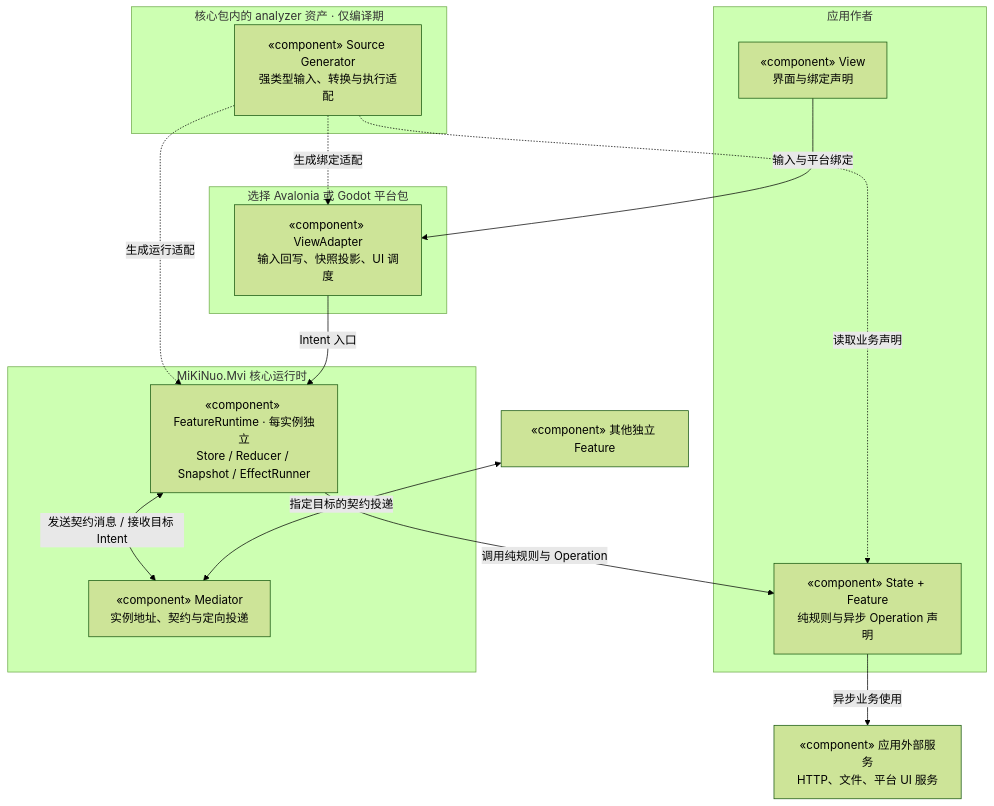
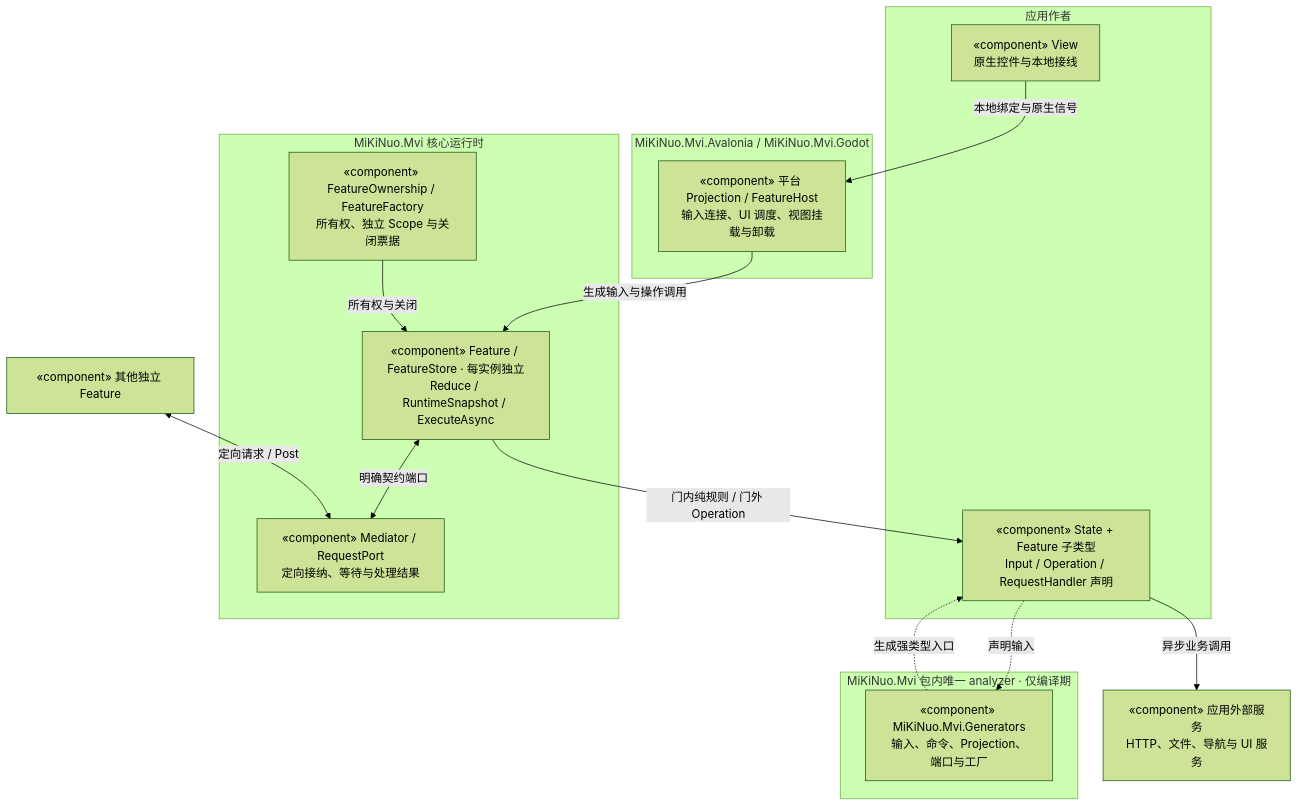
Before and after one commit to MiKiNuo/MVI: the diagram in docs/mvi-next/diagrams/uml-components.mmd, drawn with Mermaid (forest theme). The commit also changed 329 other files, not shown here.

```diff
--- a/docs/mvi-next/diagrams/uml-components.mmd
+++ b/docs/mvi-next/diagrams/uml-components.mmd
@@ -1,31 +1,27 @@
 flowchart TB
     subgraph App["应用作者"]
-        Feature["«component» State + Feature<br/>纯规则与异步 Operation 声明"]
-        View["«component» View<br/>界面与绑定声明"]
+        Feature["«component» State + Feature 子类型<br/>Input / Operation / RequestHandler 声明"]
+        View["«component» View<br/>原生控件与本地接线"]
     end
-
-    subgraph Compile["核心包内的 analyzer 资产 · 仅编译期"]
-        Generator["«component» Source Generator<br/>强类型输入、转换与执行适配"]
+    subgraph Compile["MiKiNuo.Mvi 包内唯一 analyzer · 仅编译期"]
+        Generator["«component» MiKiNuo.Mvi.Generators<br/>输入、命令、Projection、端口与工厂"]
     end
-
-    subgraph Platform["选择 Avalonia 或 Godot 平台包"]
-        Adapter["«component» ViewAdapter<br/>输入回写、快照投影、UI 调度"]
+    subgraph Platform["MiKiNuo.Mvi.Avalonia / MiKiNuo.Mvi.Godot"]
+        Adapter["«component» 平台 Projection / FeatureHost<br/>输入连接、UI 调度、视图挂载与卸载"]
     end
-
     subgraph Core["MiKiNuo.Mvi 核心运行时"]
-        Runtime["«component» FeatureRuntime · 每实例独立<br/>Store / Reducer / Snapshot / EffectRunner"]
-        Mediator["«component» Mediator<br/>实例地址、契约与定向投递"]
+        Runtime["«component» Feature / FeatureStore · 每实例独立<br/>Reduce / RuntimeSnapshot / ExecuteAsync"]
+        Mediator["«component» Mediator / RequestPort<br/>定向接纳、等待与处理结果"]
+        Ownership["«component» FeatureOwnership / FeatureFactory<br/>所有权、独立 Scope 与关闭票据"]
     end
-
     Other["«component» 其他独立 Feature"]
-    Services["«component» 应用外部服务<br/>HTTP、文件、平台 UI 服务"]
-
-    Generator -.->|读取业务声明| Feature
-    Generator -.->|生成运行适配| Runtime
-    Generator -.->|生成绑定适配| Adapter
-    View -->|输入与平台绑定| Adapter
-    Adapter -->|Intent 入口| Runtime
-    Runtime -->|调用纯规则与 Operation| Feature
-    Feature -->|异步业务使用| Services
-    Runtime <-->|发送契约消息 / 接收目标 Intent| Mediator
-    Other <-->|指定目标的契约投递| Mediator
+    Services["«component» 应用外部服务<br/>HTTP、文件、导航与 UI 服务"]
+    Feature -.->|声明输入| Generator
+    Generator -.->|生成强类型入口| Feature
+    View -->|本地绑定与原生信号| Adapter
+    Adapter -->|生成输入与操作调用| Runtime
+    Runtime -->|门内纯规则 / 门外 Operation| Feature
+    Feature -->|异步业务调用| Services
+    Runtime <-->|明确契约端口| Mediator
+    Other <-->|定向请求 / Post| Mediator
+    Ownership -->|所有权与关闭| Runtime
```
